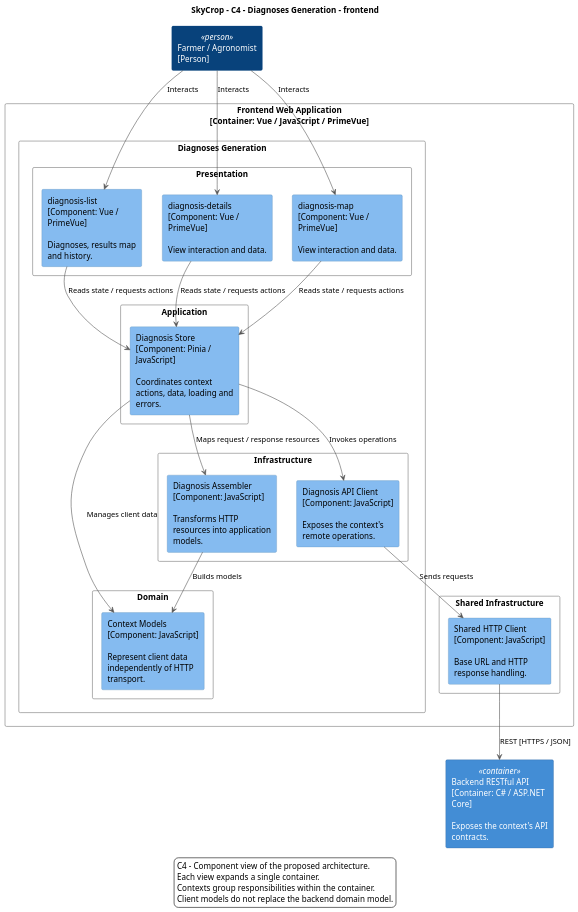
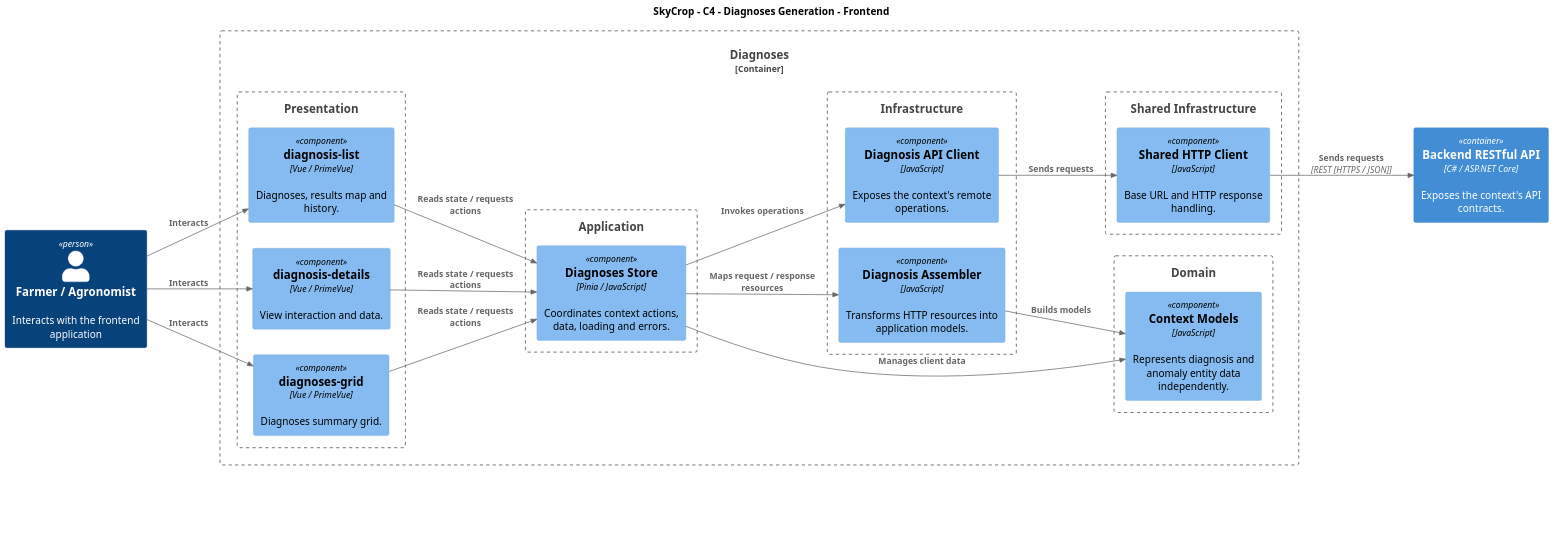
The diagram in resources/diagrams/component-level/contexts/diagnoses-frontend-components.puml (upc-pre-202620-1asi0730-8093-greentech/skycrop-report), drawn with PlantUML before and after one commit. The commit also changed 1 other file, not shown here.

Commit message:
feat(diagrams): update diagnoses component diagrams

```diff
--- a/resources/diagrams/component-level/contexts/diagnoses-frontend-components.puml
+++ b/resources/diagrams/component-level/contexts/diagnoses-frontend-components.puml
@@ -1,90 +1,62 @@
 @startuml
-' C4 palette: people, systems, containers, components and external systems.
-skinparam monochrome false
-skinparam backgroundColor #ffffff
-skinparam actorStyle rectangle
-skinparam actor {
-  BackgroundColor #08427b
-  BorderColor #08427b
-  FontColor #ffffff
+!include https://raw.githubusercontent.com/plantuml-stdlib/C4-PlantUML/master/C4_Component.puml
+
+skinparam shadowing false
+skinparam dpi 150
+skinparam defaultFontName SansSerif
+skinparam wrapWidth 220
+left to right direction
+
+title SkyCrop - C4 - Diagnoses Generation - Frontend
+
+Person(user, "Farmer / Agronomist", "Interacts with the frontend application")
+
+Container(api, "Backend RESTful API", "C# / ASP.NET Core", "Exposes the context's API contracts.")
+
+Container_Boundary(diagnoses, "Diagnoses") {
+    Boundary(presentation, "Presentation") {
+        Component(view0, "diagnosis-list", "Vue / PrimeVue", "Diagnoses, results map and history.")
+        Component(view1, "diagnosis-details", "Vue / PrimeVue", "View interaction and data.")
+        Component(view2, "diagnosis-map", "Vue / PrimeVue", "View anomaly location and severity.")
+        Component(view2, "diagnoses-grid", "Vue / PrimeVue", "Diagnoses summary grid.")
+    }
+    Boundary(application, "Application") {
+        Component(state, "Diagnoses Store", "Pinia / JavaScript", "Coordinates context actions, data, loading and errors.")
+    }
+    Boundary(domain, "Domain") {
+        Component(model, "Context Models", "JavaScript", "Represents diagnosis and anomaly entity data independently.")
+    }
+    Boundary(infrastructure, "Infrastructure") {
+        Component(apiclient, "Diagnosis API Client", "JavaScript", "Exposes the context's remote operations.")
+        Component(assembler, "Diagnosis Assembler", "JavaScript", "Transforms HTTP resources into application models.")
+    }
+    Boundary(sharedInfra, "Shared Infrastructure") {
+        Component(http, "Shared HTTP Client", "JavaScript", "Base URL and HTTP response handling.")
+    }
 }
-skinparam component {
-  BackgroundColor #85bbf0
-  BorderColor #5b8bb1
-  FontColor #000000
-  BackgroundColor<<container>> #438dd5
-  BorderColor<<container>> #2e6295
-  FontColor<<container>> #ffffff
-  BackgroundColor<<external>> #999999
-  BorderColor<<external>> #777777
-  FontColor<<external>> #ffffff
-  BackgroundColor<<system>> #1168bd
-  BorderColor<<system>> #0b4884
-  FontColor<<system>> #ffffff
-}
-skinparam database {
-  BackgroundColor #438dd5
-  BorderColor #2e6295
-  FontColor #ffffff
-}
-skinparam rectangle {
-  BackgroundColor<<person>> #08427b
-  BorderColor<<person>> #08427b
-  FontColor<<person>> #ffffff
-  BackgroundColor #ffffff
-  BorderColor #777777
-  FontColor #000000
-}
-skinparam ArrowColor #555555
-skinparam shadowing false
-skinparam dpi 120
-skinparam defaultFontName SansSerif
-skinparam componentStyle rectangle
-skinparam wrapWidth 180
-skinparam nodesep 35
-skinparam ranksep 45
-top to bottom direction
-title SkyCrop - C4 - Diagnoses Generation - frontend
-rectangle "Farmer / Agronomist\n[Person]" as user <<person>>
-rectangle "Frontend Web Application\n[Container: Vue / JavaScript / PrimeVue]" {
-rectangle "Diagnoses Generation" {
-rectangle "Presentation" {
-component "diagnosis-list\n[Component: Vue / PrimeVue]\n\nDiagnoses, results map and history." as view0
-component "diagnosis-details\n[Component: Vue / PrimeVue]\n\nView interaction and data." as view1
-component "diagnosis-map\n[Component: Vue / PrimeVue]\n\nView interaction and data." as view2
-}
-rectangle "Application" {
-component "Diagnosis Store\n[Component: Pinia / JavaScript]\n\nCoordinates context actions, data, loading and errors." as state
-}
-rectangle "Domain" {
-component "Context Models\n[Component: JavaScript]\n\nRepresent client data independently of HTTP transport." as model
-}
-rectangle "Infrastructure" {
-component "Diagnosis API Client\n[Component: JavaScript]\n\nExposes the context's remote operations." as apiclient
-component "Diagnosis Assembler\n[Component: JavaScript]\n\nTransforms HTTP resources into application models." as assembler
-}
-}
-rectangle "Shared Infrastructure" {
-component "Shared HTTP Client\n[Component: JavaScript]\n\nBase URL and HTTP response handling." as http
-}
-}
-component "Backend RESTful API\n[Container: C# / ASP.NET Core]\n\nExposes the context's API contracts." as api <<container>>
-user --> view0 : Interacts
-view0 --> state : Reads state / requests actions
-user --> view1 : Interacts
-view1 --> state : Reads state / requests actions
-user --> view2 : Interacts
-view2 --> state : Reads state / requests actions
-state --> apiclient : Invokes operations
-state --> model : Manages client data
-assembler --> model : Builds models
-state --> assembler : Maps request / response resources
-apiclient --> http : Sends requests
-http --> api : REST [HTTPS / JSON]
+
+Rel(user, view0, "Interacts")
+Rel(user, view1, "Interacts")
+Rel(user, view2, "Interacts")
+
+Rel(view0, state, "Reads state / requests actions")
+Rel(view1, state, "Reads state / requests actions")
+Rel(view2, state, "Reads state / requests actions")
+
+Rel(state, apiclient, "Invokes operations")
+Rel(state, model, "Manages client data")
+Rel(state, assembler, "Maps request / response resources")
+
+Rel(assembler, model, "Builds models")
+
+Rel(apiclient, http, "Sends requests")
+Rel(http, api, "Sends requests", "REST [HTTPS / JSON]")
+
 legend bottom
 C4 - Component view of the proposed architecture.
 Each view expands a single container.
 Contexts group responsibilities within the container.
 Client models do not replace the backend domain model.
 endlegend
+
 @enduml
```
